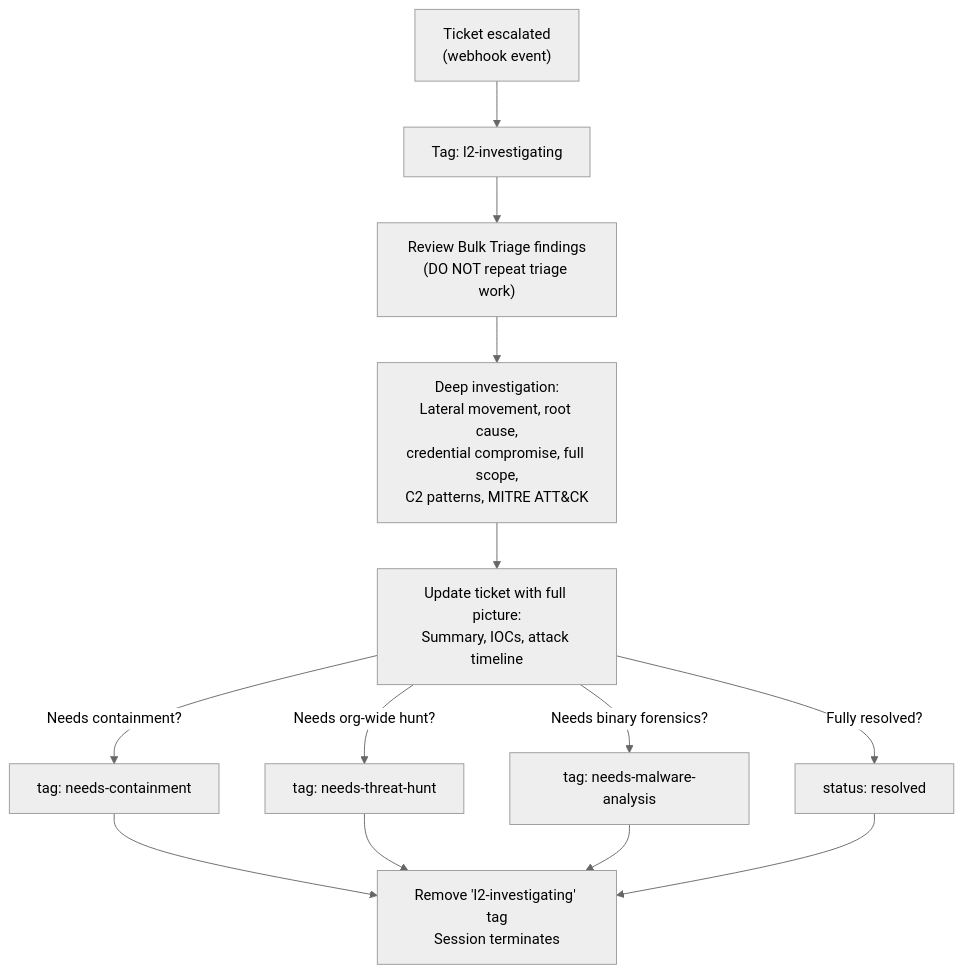
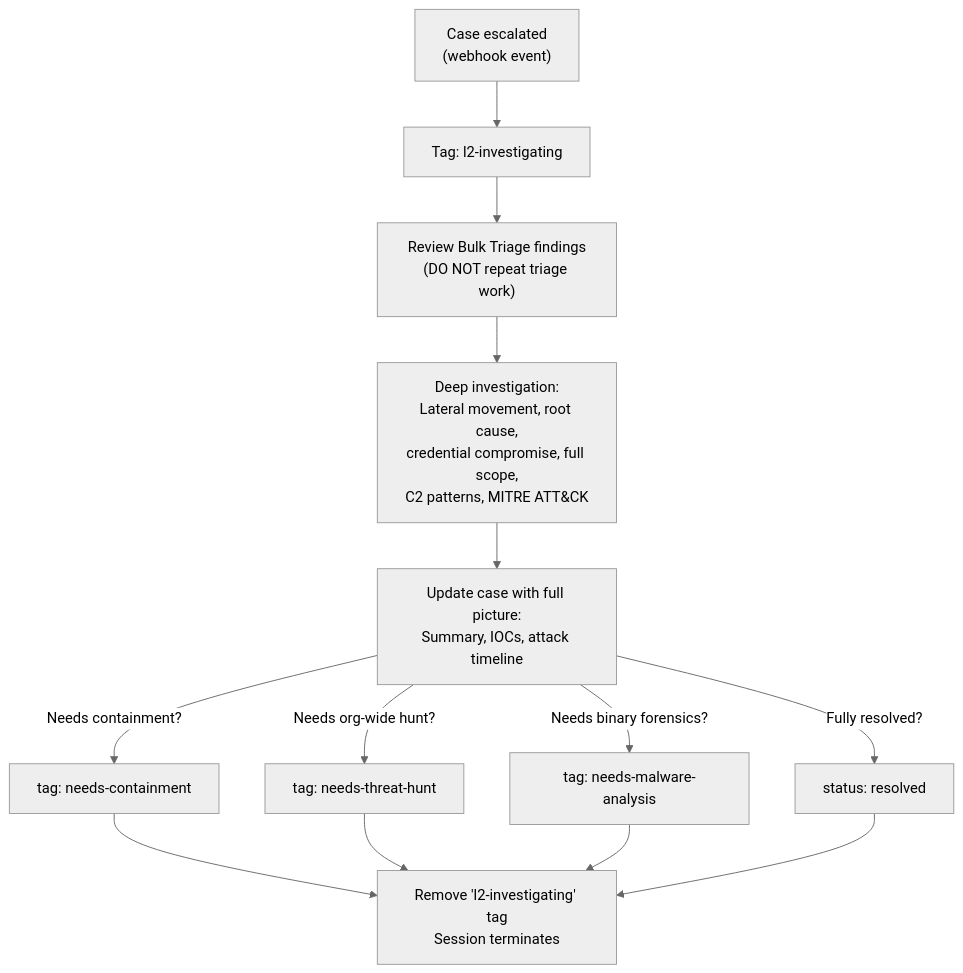
The diagram in lc-soc/baselining-soc/l2-analyst/README.md (refractionPOINT/lc-ai), drawn with Mermaid (neutral theme) before and after one commit. The commit also changed other lines of this file and 74 other files, not shown here.

First line of the commit message:
Rename ticket→case in AI agent configs

````diff
--- a/lc-soc/baselining-soc/l2-analyst/README.md
+++ b/lc-soc/baselining-soc/l2-analyst/README.md
@@ -7,15 +7,15 @@
 ```mermaid
 flowchart TD
-    trigger["Ticket escalated<br/>(webhook event)"] --> tag["Tag: l2-investigating"]
+    trigger["Case escalated<br/>(webhook event)"] --> tag["Tag: l2-investigating"]
     tag --> review["Review Bulk Triage findings<br/>(DO NOT repeat triage work)"]
     review --> deep["Deep investigation:<br/>Lateral movement, root cause,<br/>credential compromise, full scope,<br/>C2 patterns, MITRE ATT&CK"]
-    deep --> update["Update ticket with full picture:<br/>Summary, IOCs, attack timeline"]
+    deep --> update["Update case with full picture:<br/>Summary, IOCs, attack timeline"]
     update -->|Needs containment?| contain["tag: needs-containment"]
     update -->|Needs org-wide hunt?| hunt["tag: needs-threat-hunt"]
     update -->|Needs binary forensics?| malware["tag: needs-malware-analysis"]
     update -->|Fully resolved?| resolved["status: resolved"]
     contain --> cleanup["Remove 'l2-investigating' tag<br/>Session terminates"]
     hunt --> cleanup
     malware --> cleanup
     resolved --> cleanup
 ```
````
